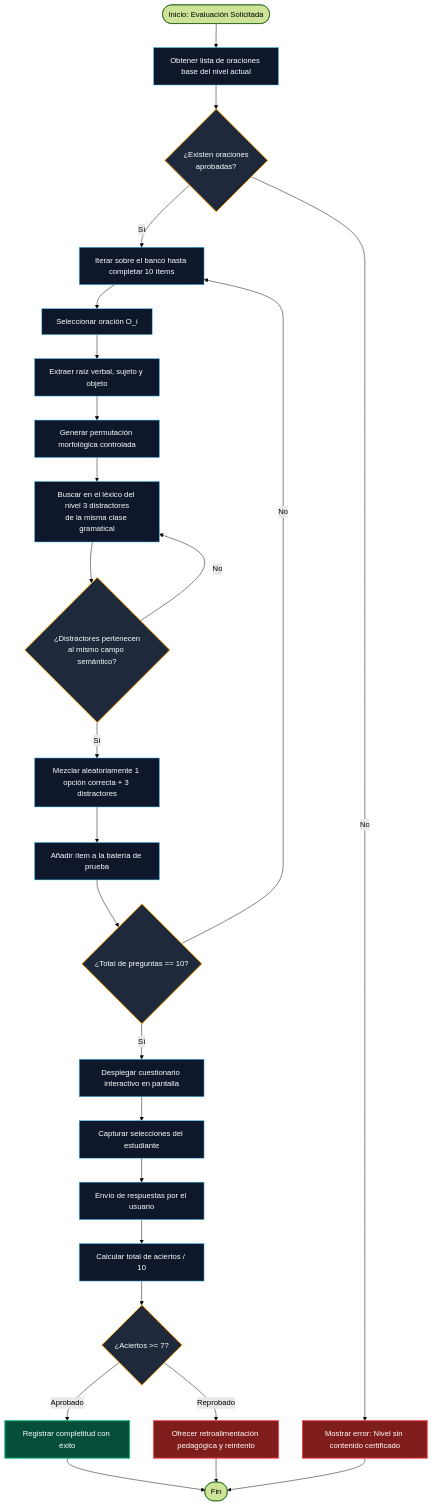
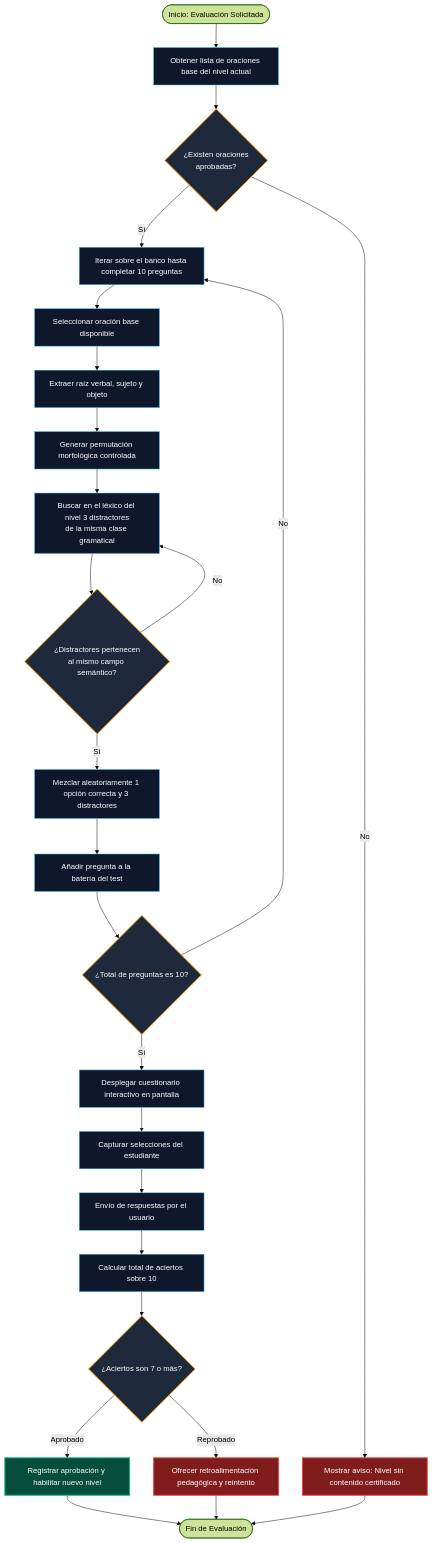
Before and after one commit to upds-software-engineering/Yapu: the seventh of 8 diagrams in Docs/mapa_de_diagramas.md, drawn with Mermaid (forest theme). The commit also changed other lines of this file, not shown here.

Commit message:
docs: add architectural and behavioral UML diagram map for YAPU project

````diff
--- a/Docs/mapa_de_diagramas.md
+++ b/Docs/mapa_de_diagramas.md
@@ -436,47 +429,47 @@
 ```mermaid
 flowchart TD
     START([Inicio: Evaluación Solicitada]) --> FETCH[Obtener lista de oraciones base del nivel actual]
     FETCH --> CHECK_EMPTY{¿Existen oraciones<br/>aprobadas?}
     
-    CHECK_EMPTY -->|No| ERROR_STATE[Mostrar error: Nivel sin contenido certificado]
-    CHECK_EMPTY -->|Sí| LOOP_START[Iterar sobre el banco hasta completar 10 ítems]
+    CHECK_EMPTY -->|No| ERROR_STATE[Mostrar aviso: Nivel sin contenido certificado]
+    CHECK_EMPTY -->|Sí| LOOP_START[Iterar sobre el banco hasta completar 10 preguntas]
     
-    LOOP_START --> SEL_SENTENCE[Seleccionar oración O_i]
+    LOOP_START --> SEL_SENTENCE[Seleccionar oración base disponible]
     SEL_SENTENCE --> EXTRACT_LEMMA[Extraer raíz verbal, sujeto y objeto]
     EXTRACT_LEMMA --> PERMUTE[Generar permutación morfológica controlada]
     
     PERMUTE --> QUERY_DISTRACTORS[Buscar en el léxico del nivel 3 distractores<br/>de la misma clase gramatical]
     
     QUERY_DISTRACTORS --> VALIDATE_DIST{¿Distractores pertenecen<br/>al mismo campo semántico?}
     VALIDATE_DIST -->|No| QUERY_DISTRACTORS
-    VALIDATE_DIST -->|Sí| SHUFFLE[Mezclar aleatoriamente 1 opción correcta + 3 distractores]
+    VALIDATE_DIST -->|Sí| SHUFFLE[Mezclar aleatoriamente 1 opción correcta y 3 distractores]
     
-    SHUFFLE --> COLLECT_ITEM[Añadir ítem a la batería de prueba]
-    COLLECT_ITEM --> COUNT_CHECK{¿Total de preguntas == 10?}
+    SHUFFLE --> COLLECT_ITEM[Añadir pregunta a la batería del test]
+    COLLECT_ITEM --> COUNT_CHECK{¿Total de preguntas es 10?}
     
     COUNT_CHECK -->|No| LOOP_START
     COUNT_CHECK -->|Sí| DISPLAY_TEST[Desplegar cuestionario interactivo en pantalla]
     
     DISPLAY_TEST --> CAPTURE[Capturar selecciones del estudiante]
     CAPTURE --> SUBMIT[Envío de respuestas por el usuario]
     
-    SUBMIT --> SCORE_CALC[Calcular total de aciertos / 10]
-    SCORE_CALC --> THRESHOLD{¿Aciertos >= 7?}
+    SUBMIT --> SCORE_CALC[Calcular total de aciertos sobre 10]
+    SCORE_CALC --> THRESHOLD{¿Aciertos son 7 o más?}
     
-    THRESHOLD -->|Aprobado| SAVE_SUCCESS[Registrar completitud con éxito]
+    THRESHOLD -->|Aprobado| SAVE_SUCCESS[Registrar aprobación y habilitar nuevo nivel]
     THRESHOLD -->|Reprobado| RETRY_STATE[Ofrecer retroalimentación pedagógica y reintento]
     
-    SAVE_SUCCESS --> END([Fin])
-    RETRY_STATE --> END
-    ERROR_STATE --> END
+    SAVE_SUCCESS --> END_NODE([Fin de Evaluación])
+    RETRY_STATE --> END_NODE
+    ERROR_STATE --> END_NODE
 
     classDef proc fill:#0f172a,stroke:#38bdf8,stroke-width:1px,color:#ffffff;
     classDef decision fill:#1e293b,stroke:#f59e0b,stroke-width:2px,color:#ffffff;
     classDef success fill:#064e3b,stroke:#10b981,stroke-width:2px,color:#ffffff;
     classDef fail fill:#7f1d1d,stroke:#ef4444,stroke-width:2px,color:#ffffff;
 
     class FETCH,LOOP_START,SEL_SENTENCE,EXTRACT_LEMMA,PERMUTE,QUERY_DISTRACTORS,SHUFFLE,COLLECT_ITEM,DISPLAY_TEST,CAPTURE,SUBMIT,SCORE_CALC proc;
     class CHECK_EMPTY,VALIDATE_DIST,COUNT_CHECK,THRESHOLD decision;
     class SAVE_SUCCESS success;
     class ERROR_STATE,RETRY_STATE fail;
 ```
````
